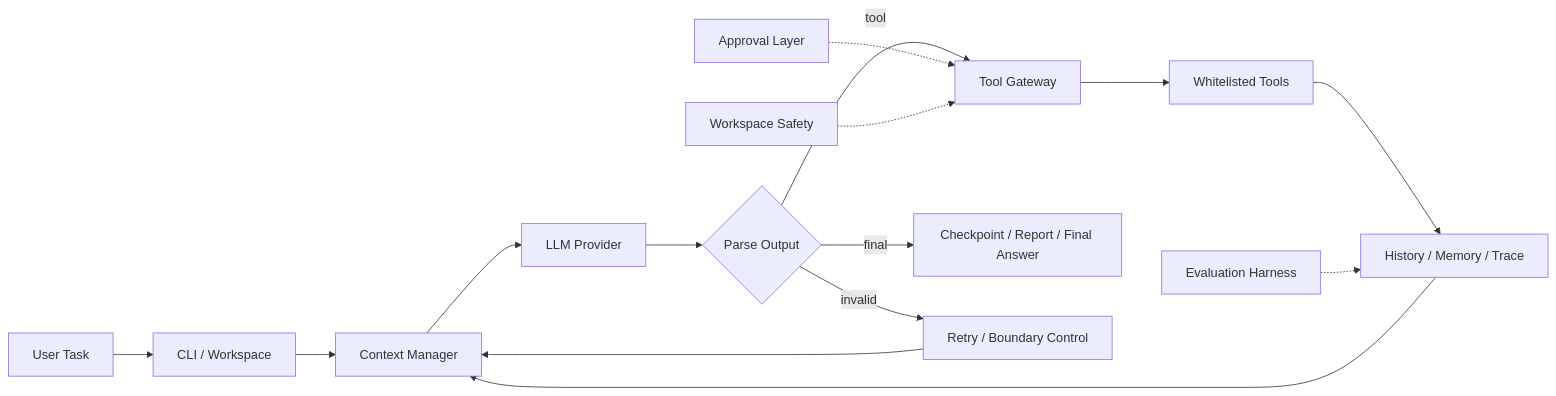
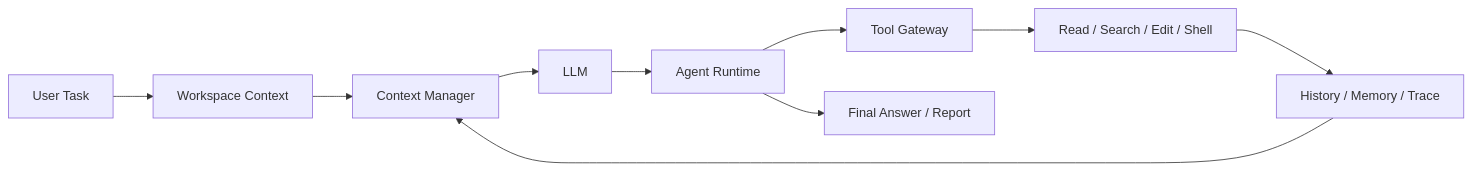
One commit to zmr-ovo/zzcode changed the diagram in README.md. Above: the diagram before and after it, drawn with Mermaid. The commit also changed other lines of this file, not shown here.

````diff
--- a/README.md
+++ b/README.md
@@ -13,18 +11,12 @@
 ```mermaid
 flowchart LR
-    U[User Task] --> CLI[CLI / Workspace]
-    CLI --> C[Context Manager]
-    C --> M[LLM Provider]
-    M --> P{Parse Output}
-    P -->|tool| G[Tool Gateway]
-    G --> T[Whitelisted Tools]
-    T --> S[History / Memory / Trace]
+    U[User Task] --> W[Workspace Context]
+    W --> C[Context Manager]
+    C --> M[LLM]
+    M --> R[Agent Runtime]
+    R --> T[Tool Gateway]
+    T --> X[Read / Search / Edit / Shell]
+    X --> S[History / Memory / Trace]
     S --> C
-    P -->|final| F[Checkpoint / Report / Final Answer]
-    P -->|invalid| R[Retry / Boundary Control]
-    R --> C
-
-    A[Approval Layer] -.-> G
-    W[Workspace Safety] -.-> G
-    E[Evaluation Harness] -.-> S
+    R --> F[Final Answer / Report]
 ```
````
